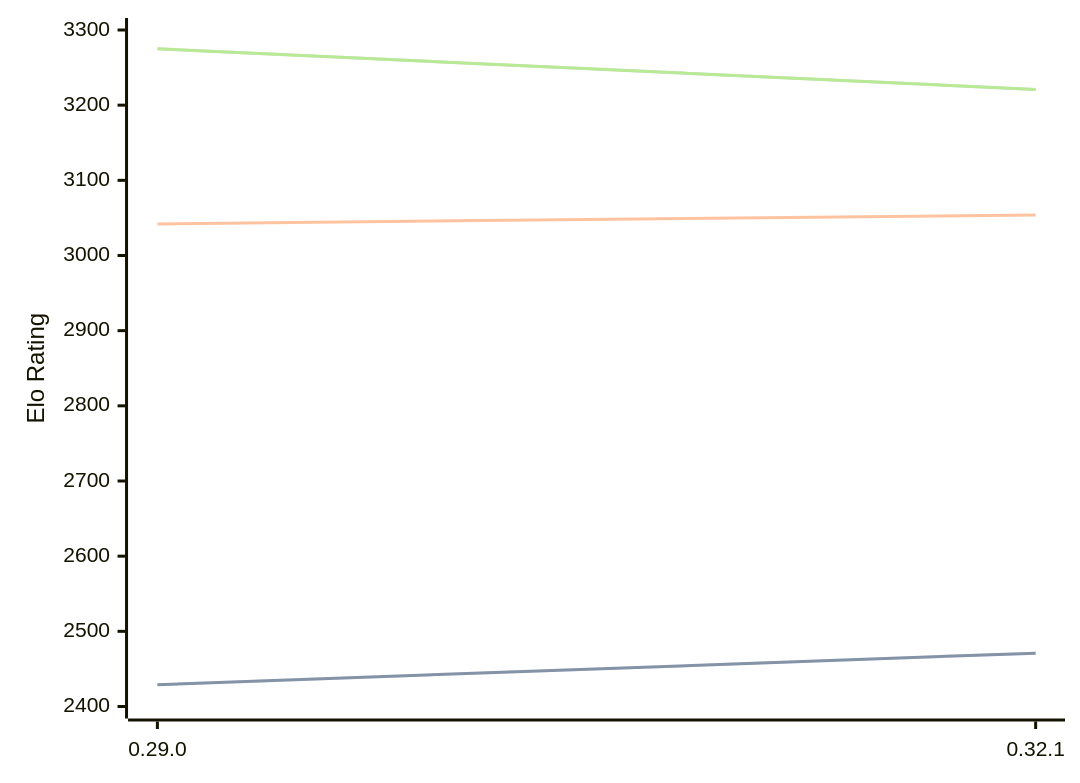
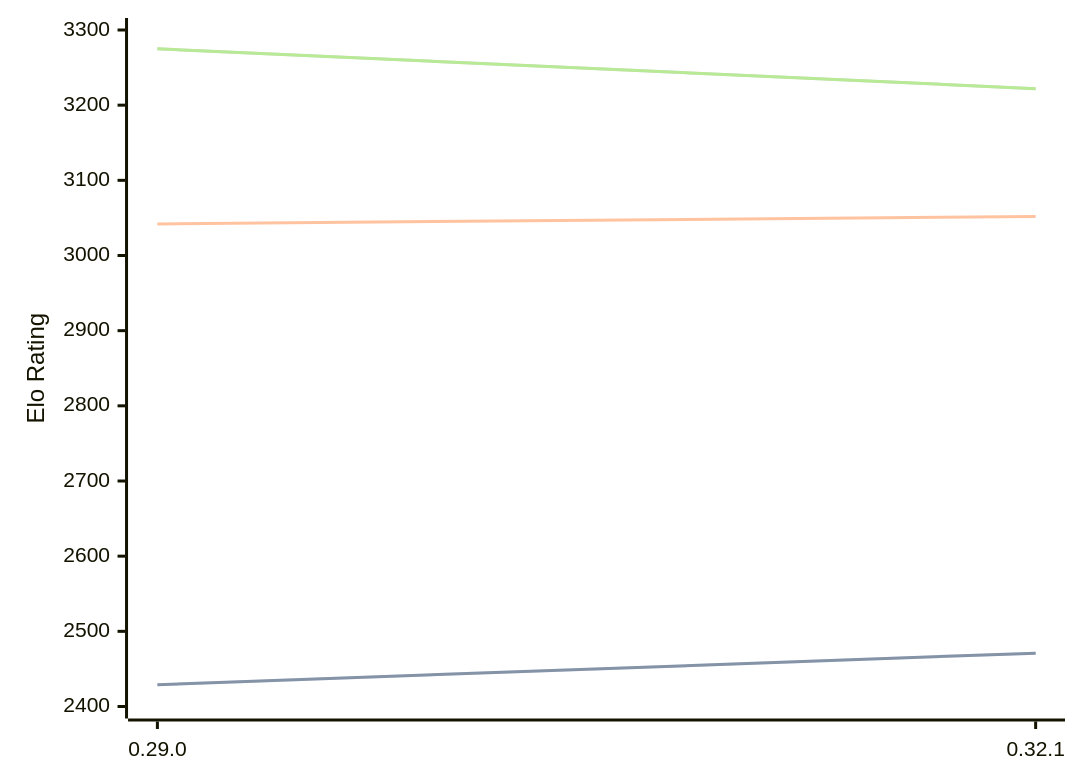
One commit to computer-chess-index/cci changed the diagram in engines/Lc0.md. Above: the diagram before and after it, drawn with Mermaid. The commit also changed other lines of this file, not shown here.

Commit message:
Update CCI Ratings (ELO VLTC) - 2026-05-05

````diff
--- a/engines/Lc0.md
+++ b/engines/Lc0.md
@@ -68,11 +68,11 @@
 ```mermaid
 %%{init: {"theme":"base","themeVariables":{"seriesColors:['#a3a3a3','#222221','#faa371']}}}%%
 xychart-beta
   x-axis ["0.29.0", "0.32.1"]
   y-axis "Elo Rating" 2400 --> 3300
   line "STC (8.0+0.08s)" [2429, 2471]
   line "STC (8.0+0.08s)" [2429, 2471]
-  line "LTC (60.0+0.60s)" [3042, 3054]
-  line "VLTC (2m24s+1.12s)" [3275, 3221]
-  line "VLTC (2m24s+1.12s)" [3275, 3221]
+  line "LTC (60.0+0.60s)" [3042, 3052]
+  line "VLTC (2m24s+1.12s)" [3275, 3222]
+  line "VLTC (2m24s+1.12s)" [3275, 3222]
 ```
````
